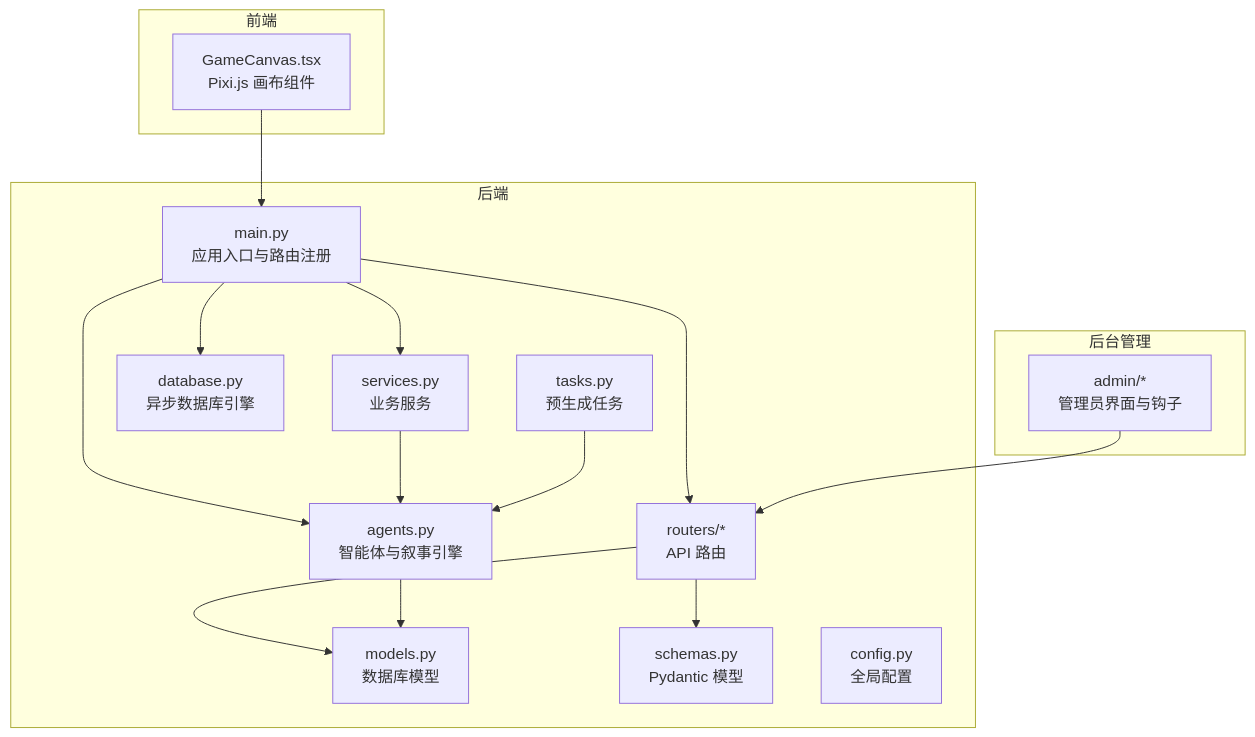
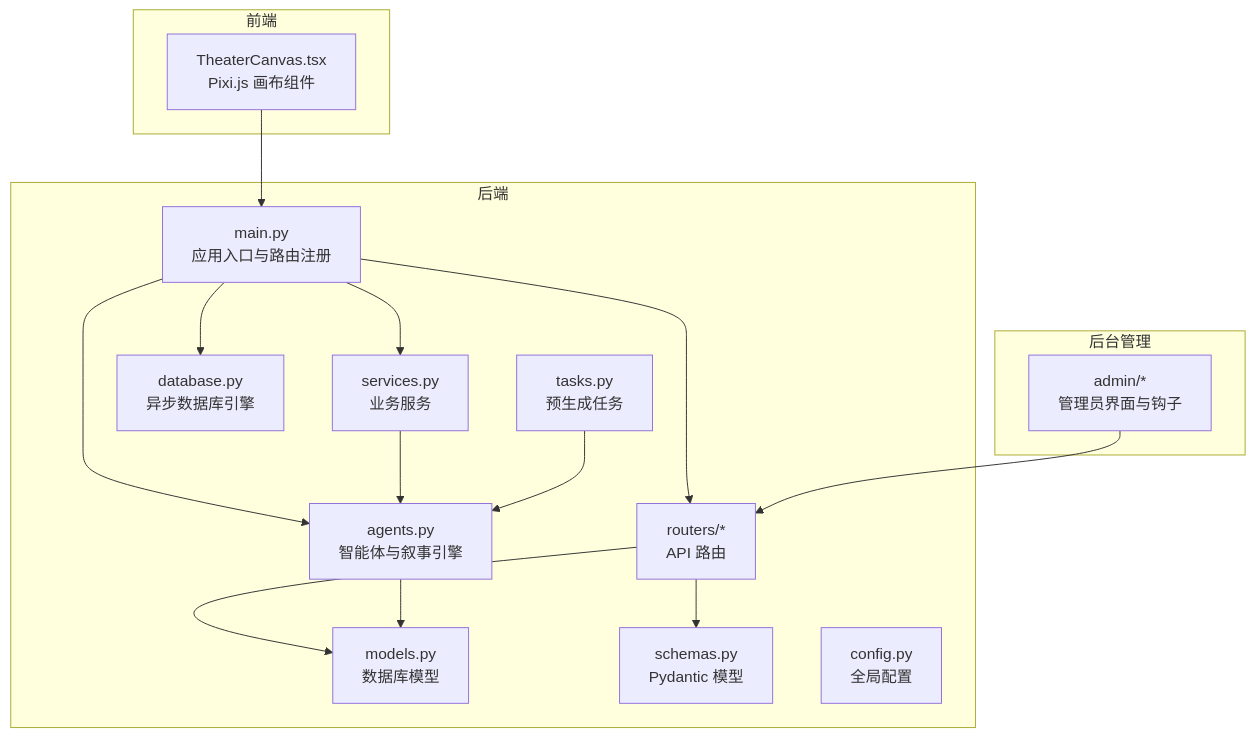
One commit to KunLabAI/KunFlix changed the first of 6 diagrams in .qoder/repowiki/zh/content/多智能体叙事引擎/多智能体叙事引擎.md. Above: the diagram before and after it, drawn with Mermaid. The commit also changed other lines of this file and 112 other files, not shown here.

````diff
--- a/.qoder/repowiki/zh/content/多智能体叙事引擎/多智能体叙事引擎.md
+++ b/.qoder/repowiki/zh/content/多智能体叙事引擎/多智能体叙事引擎.md
@@ -43,31 +43,31 @@
 ```mermaid
 graph TB
 subgraph "后端"
 A_main["main.py<br/>应用入口与路由注册"]
 A_agents["agents.py<br/>智能体与叙事引擎"]
 A_models["models.py<br/>数据库模型"]
 A_schemas["schemas.py<br/>Pydantic 模型"]
 A_services["services.py<br/>业务服务"]
 A_routers["routers/*<br/>API 路由"]
 A_config["config.py<br/>全局配置"]
 A_db["database.py<br/>异步数据库引擎"]
 A_tasks["tasks.py<br/>预生成任务"]
 end
 subgraph "前端"
-F_client["GameCanvas.tsx<br/>Pixi.js 画布组件"]
+F_client["TheaterCanvas.tsx<br/>Pixi.js 画布组件"]
 end
 subgraph "后台管理"
 M_admin["admin/*<br/>管理员界面与钩子"]
 end
 A_main --> A_routers
 A_main --> A_agents
 A_main --> A_services
 A_main --> A_db
 A_routers --> A_models
 A_routers --> A_schemas
 A_agents --> A_models
 A_services --> A_agents
 A_tasks --> A_agents
 F_client --> A_main
 M_admin --> A_routers
 ```
````
